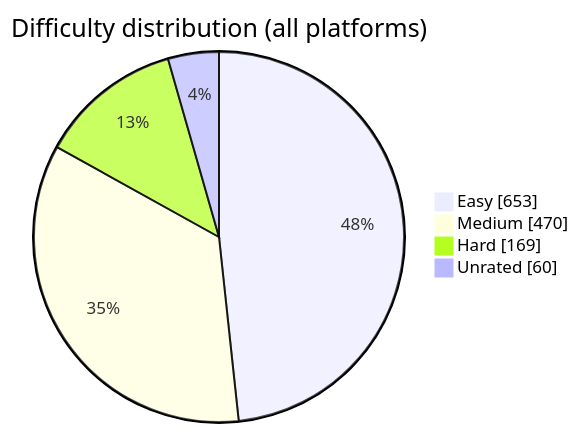
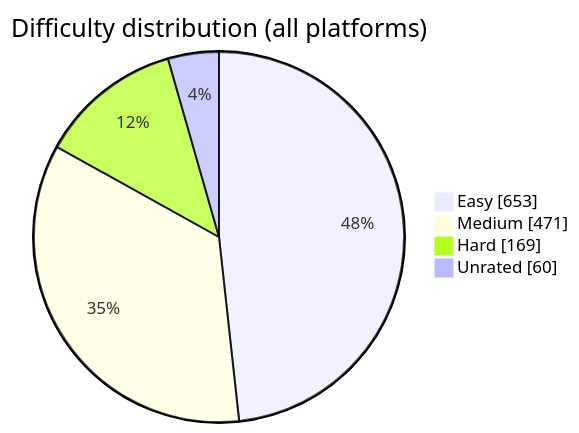
One commit to BuildbyArindam/Daily-Coding-Log changed the diagram in README.md. Above: the diagram before and after it, drawn with Mermaid. The commit also changed other lines of this file, not shown here.

````diff
--- a/README.md
+++ b/README.md
@@ -93,7 +93,7 @@
 ```mermaid
 pie showData title Difficulty distribution (all platforms)
     "Easy" : 653
-    "Medium" : 470
+    "Medium" : 471
     "Hard" : 169
     "Unrated" : 60
 ```
````
